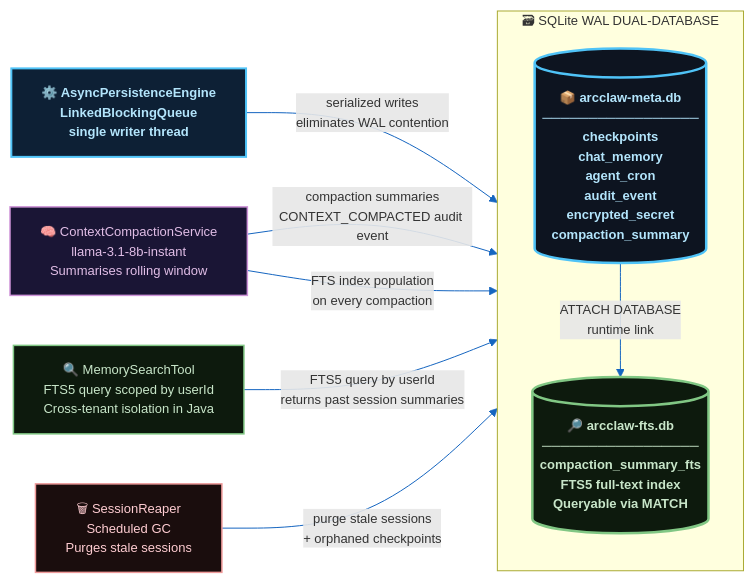
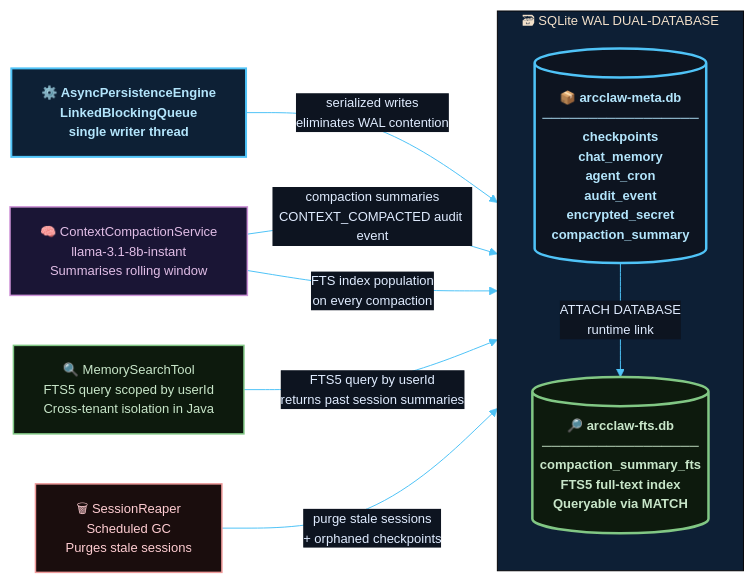
Before and after one commit to rsrini7/AmshaAgent: the fifth of 8 diagrams in README.md, drawn with Mermaid. The commit also changed other lines of this file, not shown here.

First line of the commit message:
docs: update mermaid diagrams to use dark theme

````diff
--- a/README.md
+++ b/README.md
@@ -563,29 +563,29 @@
 ```mermaid
-%%{init: {'theme': 'default', 'themeVariables': {'primaryColor': '#e8f4fd', 'primaryTextColor': '#1a2a3a', 'primaryBorderColor': '#2196f3', 'lineColor': '#1565c0', 'activationBorderColor': '#1565c0', 'activationBkgColor': '#bbdefb', 'actorBkg': '#1565c0', 'actorBorder': '#0d47a1', 'actorTextColor': '#ffffff', 'actorLineColor': '#90caf9', 'signalColor': '#1565c0', 'signalTextColor': '#1a2a3a', 'labelBoxBkgColor': '#e3f2fd', 'labelBoxBorderColor': '#90caf9', 'labelTextColor': '#1a2a3a', 'loopTextColor': '#1a2a3a', 'noteBkgColor': '#fff8e1', 'noteBorderColor': '#f9a825', 'noteTextColor': '#4a3000', 'fontSize': '13px'}}}%%
+%%{init: {'theme': 'base', 'themeVariables': {'background': '#0d1420', 'mainBkg': '#0d1420', 'primaryColor': '#1e3a5f', 'primaryTextColor': '#e0ecff', 'primaryBorderColor': '#4fc3f7', 'lineColor': '#4fc3f7', 'secondaryColor': '#122030', 'tertiaryColor': '#0d1f35', 'activationBorderColor': '#4fc3f7', 'activationBkgColor': '#1e3a5f', 'actorBkg': '#1e3a5f', 'actorBorder': '#4fc3f7', 'actorTextColor': '#e0ecff', 'actorLineColor': '#4fc3f7', 'signalColor': '#e8a045', 'signalTextColor': '#e8a045', 'labelBoxBkgColor': '#0d2035', 'labelBoxBorderColor': '#4fc3f7', 'labelTextColor': '#e0ecff', 'loopTextColor': '#e0ecff', 'noteBkgColor': '#1a2a0d', 'noteBorderColor': '#81c784', 'noteTextColor': '#c8e6c9', 'edgeLabelBackground': '#0d1420', 'fontSize': '13px'}}}%%
 graph LR
     classDef writer fill:#0d2035,stroke:#4fc3f7,stroke-width:2px,color:#b3e5fc,font-weight:bold
     classDef compactor fill:#1a1535,stroke:#ce93d8,stroke-width:1.5px,color:#e1bee7
     classDef searcher fill:#0d1a0d,stroke:#81c784,stroke-width:1.5px,color:#c8e6c9
     classDef reaper fill:#1a0d0d,stroke:#ef9a9a,stroke-width:1.5px,color:#ffcdd2
     classDef metadb fill:#0d1420,stroke:#4fc3f7,stroke-width:2.5px,color:#b3e5fc,font-weight:bold
     classDef ftsdb fill:#0d1a0d,stroke:#81c784,stroke-width:2.5px,color:#c8e6c9,font-weight:bold
     classDef attach fill:#1a1200,stroke:#e8a045,stroke-width:1px,color:#ffe082
 
     APE["⚙️ AsyncPersistenceEngine<br/>LinkedBlockingQueue<br/>single writer thread"]:::writer
     CC["🧠 ContextCompactionService<br/>llama-3.1-8b-instant<br/>Summarises rolling window"]:::compactor
     MST["🔍 MemorySearchTool<br/>FTS5 query scoped by userId<br/>Cross-tenant isolation in Java"]:::searcher
     SR["🗑 SessionReaper<br/>Scheduled GC<br/>Purges stale sessions"]:::reaper
 
     subgraph DUAL["  🗃  SQLite WAL DUAL-DATABASE  "]
         direction TB
         Meta[("📦 arcclaw-meta.db<br/>─────────────────<br/>checkpoints<br/>chat_memory<br/>agent_cron<br/>audit_event<br/>encrypted_secret<br/>compaction_summary")]:::metadb
         FTS[("🔎 arcclaw-fts.db<br/>─────────────────<br/>compaction_summary_fts<br/>FTS5 full-text index<br/>Queryable via MATCH")]:::ftsdb
         Meta -->|"ATTACH DATABASE<br/>runtime link"| FTS
     end
 
     APE -->|"serialized writes<br/>eliminates WAL contention"| Meta
     CC -->|"compaction summaries<br/>CONTEXT_COMPACTED audit event"| Meta
     CC -->|"FTS index population<br/>on every compaction"| FTS
     MST -->|"FTS5 query by userId<br/>returns past session summaries"| FTS
     SR -->|"purge stale sessions<br/>+ orphaned checkpoints"| Meta
 ```
````
